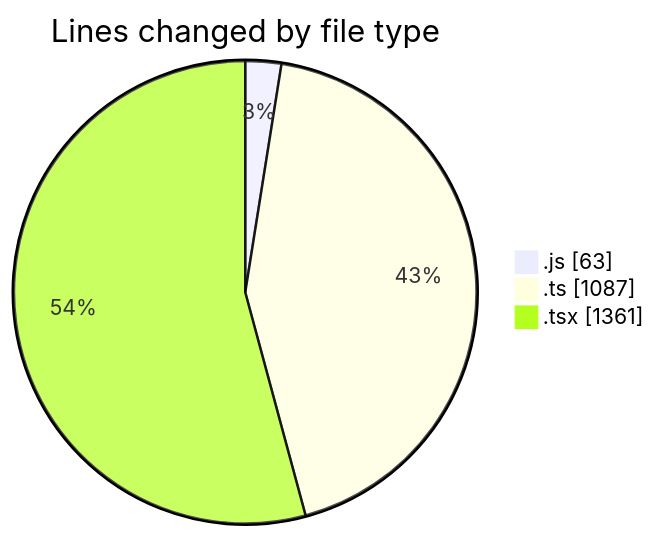
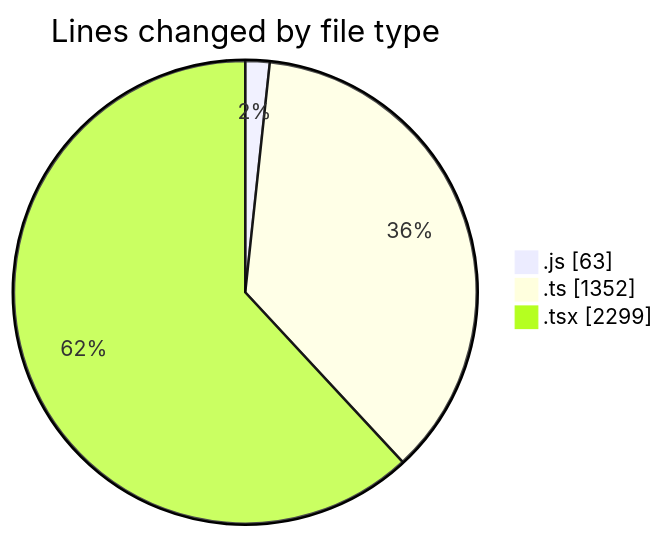
One commit to momahboobian/code-tracking changed the first of 2 diagrams in 2026-08-04/cda/README.md. Above: the diagram before and after it, drawn with Mermaid. The commit also changed other lines of this file and 1 other file, not shown here.

````diff
--- a/2026-08-04/cda/README.md
+++ b/2026-08-04/cda/README.md
@@ -36,7 +46,7 @@
 ```mermaid
 pie showData
 title Lines changed by file type
 ".js" : 63
-".ts" : 1087
-".tsx" : 1361
+".ts" : 1352
+".tsx" : 2299
 ```
````
